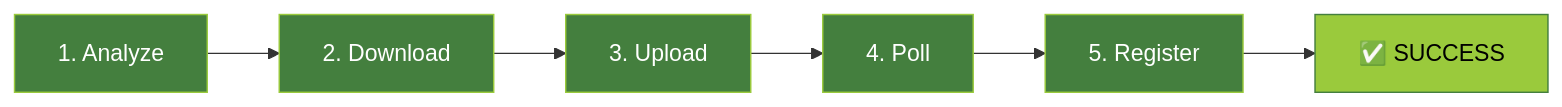
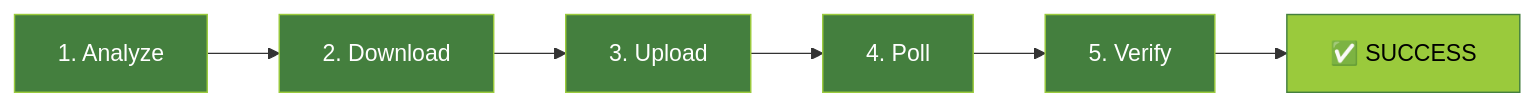
Before and after one commit to marcelofrau/xb-homebrew-vault: the first of 9 diagrams in docs/integration-package-installation-flow.md, drawn with Mermaid. The commit also changed other lines of this file and 6 other files, not shown here.

````diff
--- a/docs/integration-package-installation-flow.md
+++ b/docs/integration-package-installation-flow.md
@@ -16,15 +16,15 @@
 ```mermaid
 graph LR
     A["1. Analyze"] --> B["2. Download"]
     B --> C["3. Upload"]
     C --> D["4. Poll"]
-    D --> E["5. Register"]
+    D --> E["5. Verify"]
     E --> F["✅ SUCCESS"]
-    
+
     style A fill:#447F3E,stroke:#9ACA3C,color:#fff
     style B fill:#447F3E,stroke:#9ACA3C,color:#fff
     style C fill:#447F3E,stroke:#9ACA3C,color:#fff
     style D fill:#447F3E,stroke:#9ACA3C,color:#fff
     style E fill:#447F3E,stroke:#9ACA3C,color:#fff
     style F fill:#9ACA3C,stroke:#447F3E,color:#000
 ```
````
